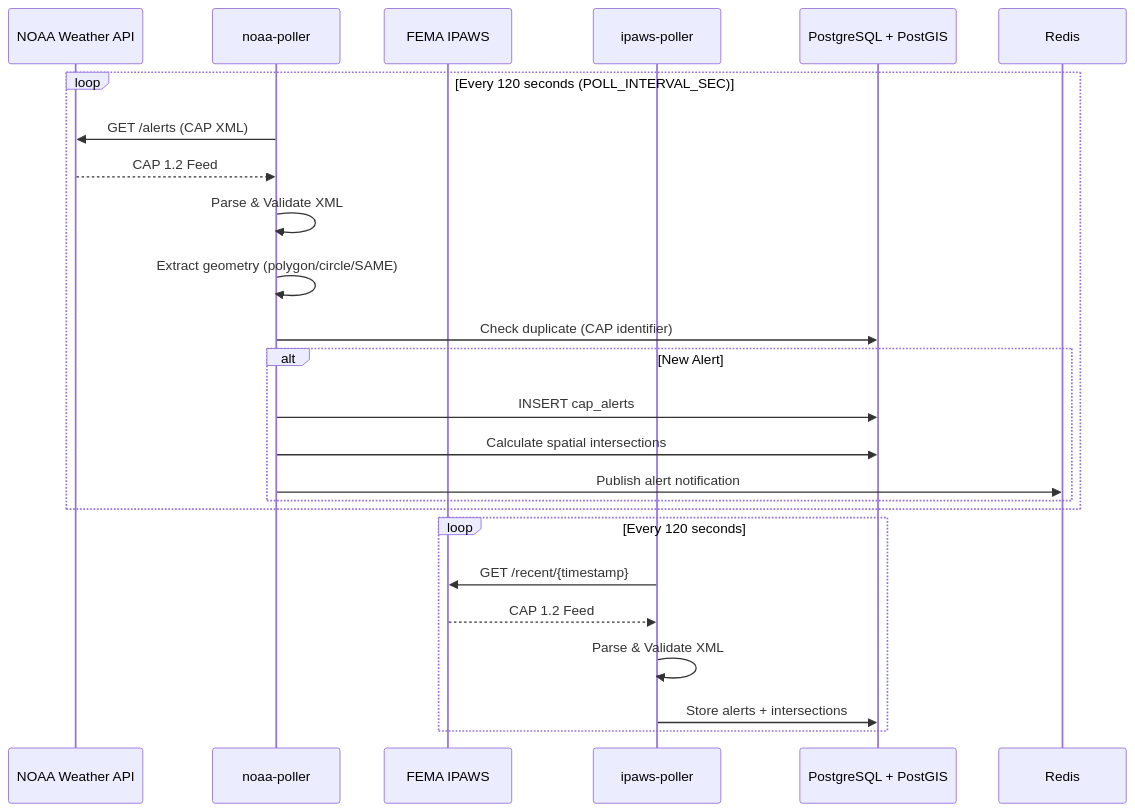
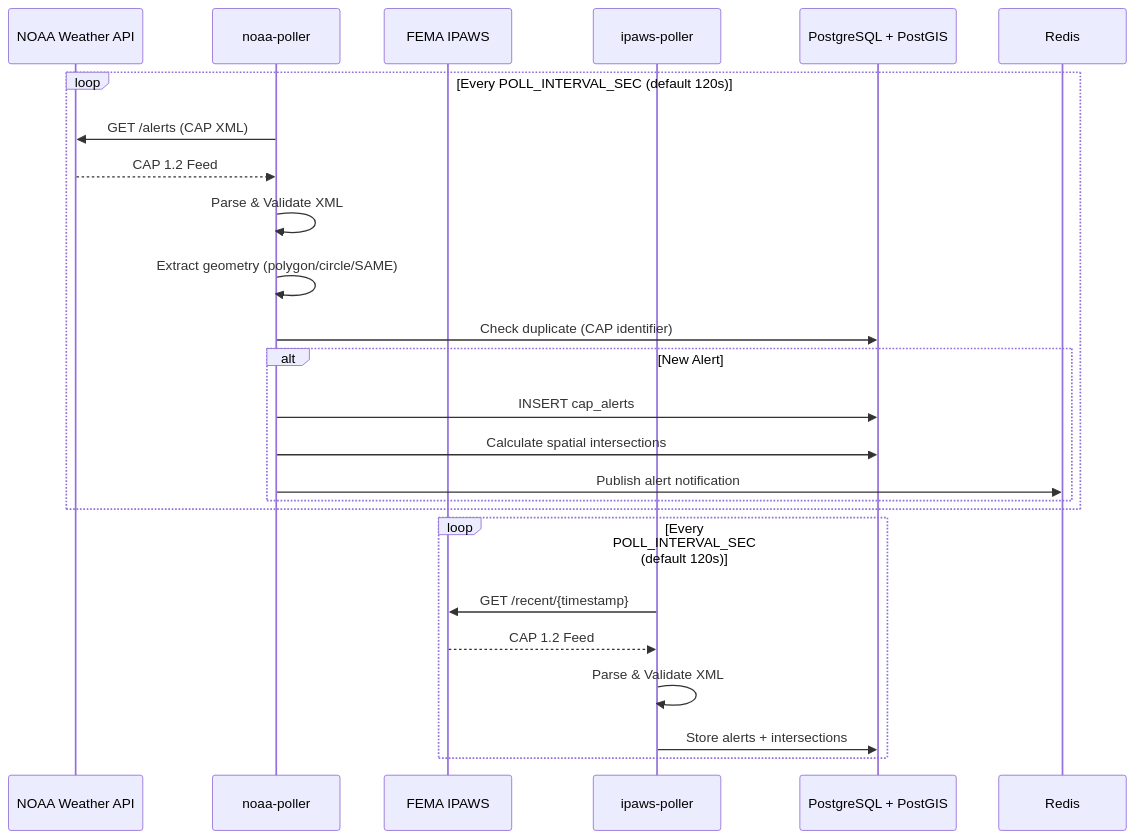
The third of 7 diagrams in docs/architecture/THEORY_OF_OPERATION.md (KR8MER/eas-station), drawn with Mermaid before and after one commit. The commit also changed 1 other file, not shown here.

Commit message:
Address code review feedback
- Capitalize 'Redis' consistently in descriptions
- Clarify CACHE_REDIS_URL takes precedence over individual settings
- Improve distinction between ICECAST_SERVER, ICECAST_HOSTNAME, and ICECAST_PUBLIC_HOSTNAME
- Add FIPS code explanation (5-digit: 2-digit state + 3-digit county)
- Fix polling interval reference to use POLL_INTERVAL_SEC variable name

````diff
--- a/docs/architecture/THEORY_OF_OPERATION.md
+++ b/docs/architecture/THEORY_OF_OPERATION.md
@@ -134,29 +134,29 @@
 ```mermaid
 sequenceDiagram
     participant NOAA as NOAA Weather API
     participant NP as noaa-poller
     participant IPAWS as FEMA IPAWS
     participant IP as ipaws-poller
     participant DB as PostgreSQL + PostGIS
     participant REDIS as Redis
 
-    loop Every 120 seconds (POLL_INTERVAL_SEC)
+    loop Every POLL_INTERVAL_SEC (default 120s)
         NP->>NOAA: GET /alerts (CAP XML)
         NOAA-->>NP: CAP 1.2 Feed
         NP->>NP: Parse & Validate XML
         NP->>NP: Extract geometry (polygon/circle/SAME)
         NP->>DB: Check duplicate (CAP identifier)
         alt New Alert
             NP->>DB: INSERT cap_alerts
             NP->>DB: Calculate spatial intersections
             NP->>REDIS: Publish alert notification
         end
     end
 
-    loop Every 120 seconds
+    loop Every POLL_INTERVAL_SEC (default 120s)
         IP->>IPAWS: GET /recent/{timestamp}
         IPAWS-->>IP: CAP 1.2 Feed
         IP->>IP: Parse & Validate XML
         IP->>DB: Store alerts + intersections
     end
 ```
````
